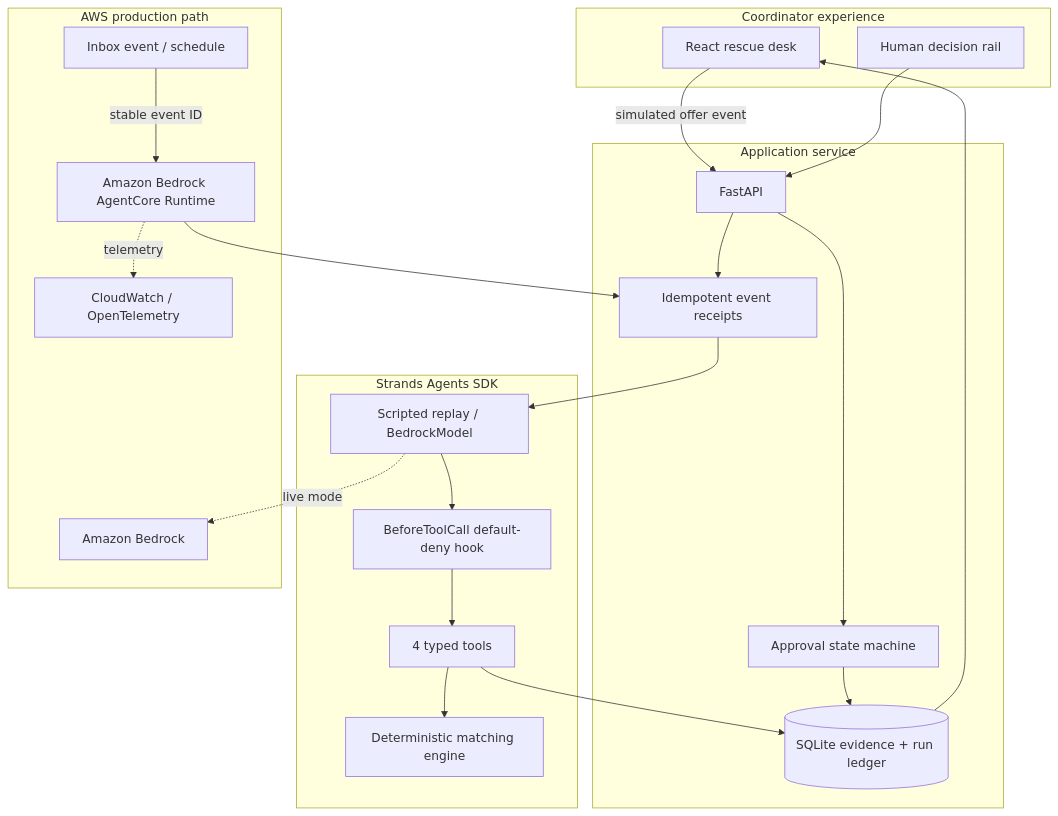
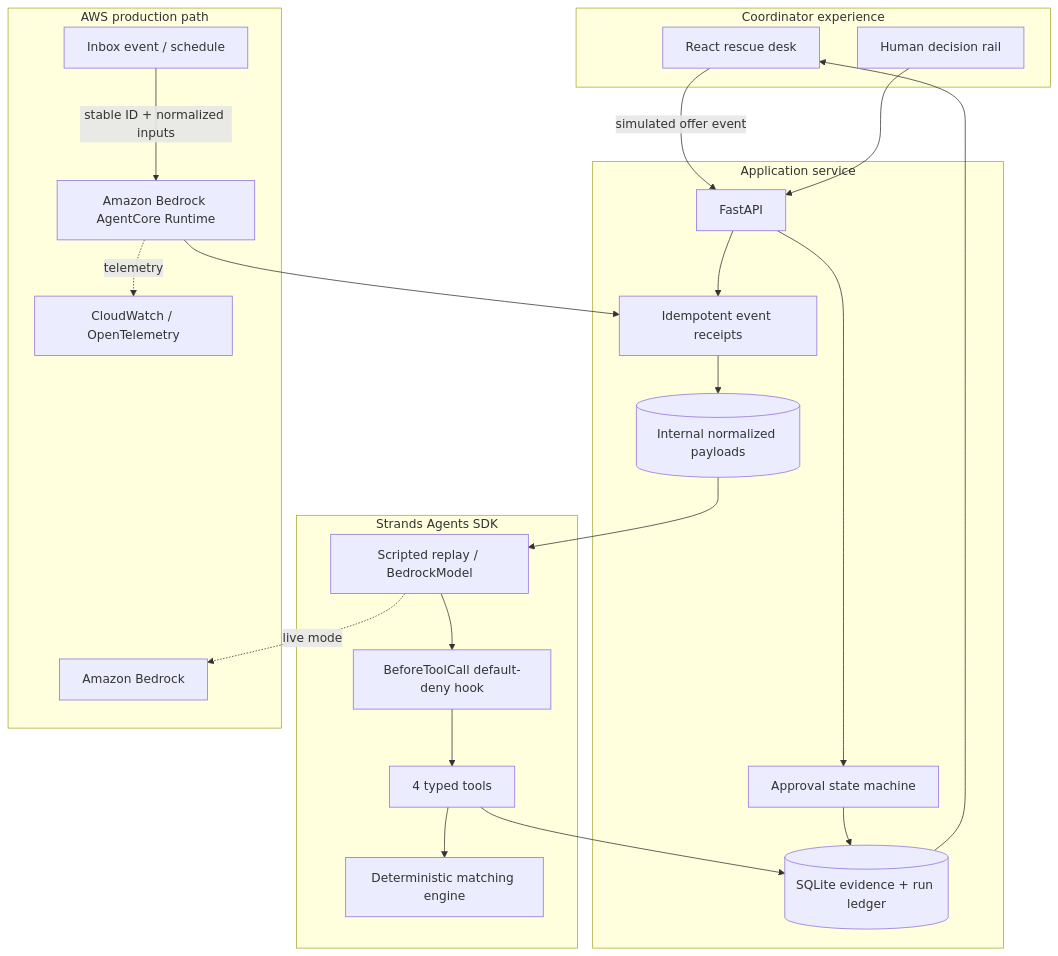
Before and after one commit to tarang-tj/rescue-relay: the diagram in docs/architecture.md, drawn with Mermaid. The commit also changed other lines of this file and 22 other files, not shown here.

````diff
--- a/docs/architecture.md
+++ b/docs/architecture.md
@@ -3,39 +3,40 @@
 ```mermaid
 flowchart TB
     subgraph Experience[Coordinator experience]
       UI[React rescue desk]
       DECIDE[Human decision rail]
     end
 
     subgraph Service[Application service]
       API[FastAPI]
       EVENTS[Idempotent event receipts]
+      PAYLOAD[(Internal normalized payloads)]
       LEDGER[(SQLite evidence + run ledger)]
       APPROVE[Approval state machine]
     end
 
     subgraph Agent[Strands Agents SDK]
       MODEL[Scripted replay / BedrockModel]
       GUARD[BeforeToolCall default-deny hook]
       TOOLS[4 typed tools]
       MATCH[Deterministic matching engine]
     end
 
     subgraph AWS[AWS production path]
       SOURCE[Inbox event / schedule]
       CORE[Amazon Bedrock AgentCore Runtime]
       OBS[CloudWatch / OpenTelemetry]
       BEDROCK[Amazon Bedrock]
     end
 
     UI -->|simulated offer event| API
-    API --> EVENTS --> MODEL
+    API --> EVENTS --> PAYLOAD --> MODEL
     MODEL --> GUARD --> TOOLS
     TOOLS --> MATCH
     TOOLS --> LEDGER
     LEDGER --> UI
     DECIDE --> API --> APPROVE --> LEDGER
-    SOURCE -->|stable event ID| CORE --> EVENTS
+    SOURCE -->|stable ID + normalized inputs| CORE --> EVENTS
     MODEL -. live mode .-> BEDROCK
     CORE -. telemetry .-> OBS
 ```
````
